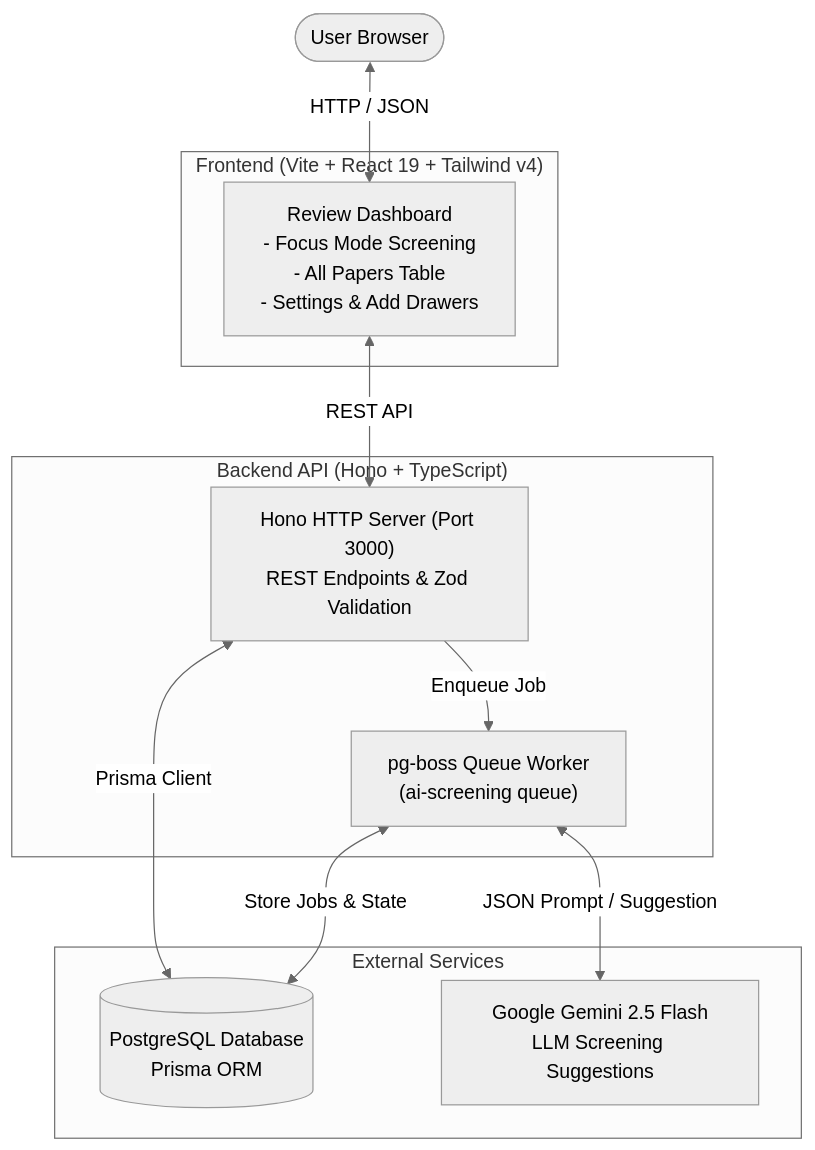
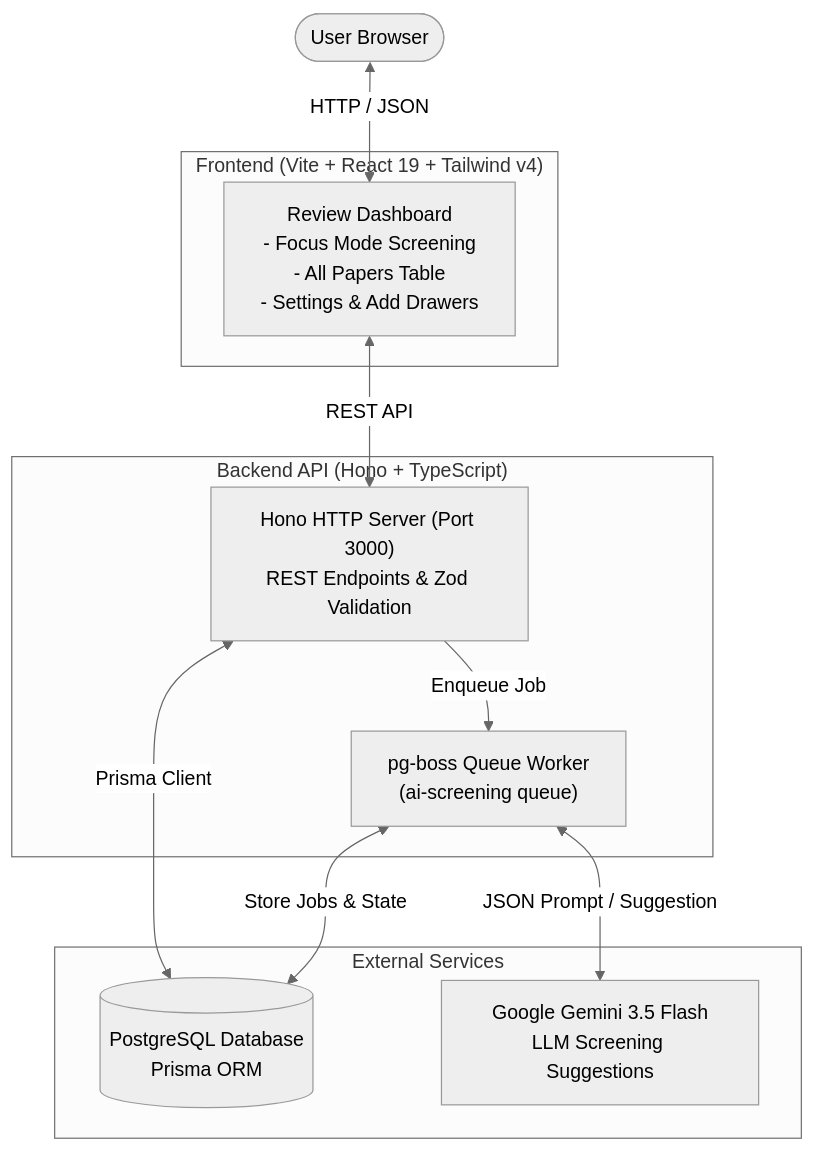
The diagram in README.md (Harshith404/mini-relis), drawn with Mermaid (neutral theme) before and after one commit. The commit also changed other lines of this file and 1 other file, not shown here.

````diff
--- a/README.md
+++ b/README.md
@@ -11,25 +11,25 @@
 ```mermaid
 flowchart TD
     User([User Browser])
     
     subgraph Frontend ["Frontend (Vite + React 19 + Tailwind v4)"]
         UI["Review Dashboard\n- Focus Mode Screening\n- All Papers Table\n- Settings & Add Drawers"]
     end
 
     subgraph Backend ["Backend API (Hono + TypeScript)"]
         Hono["Hono HTTP Server (Port 3000)\nREST Endpoints & Zod Validation"]
         Queue["pg-boss Queue Worker\n(ai-screening queue)"]
     end
 
     subgraph External ["External Services"]
         Postgres[(PostgreSQL Database\nPrisma ORM)]
-        Gemini[Google Gemini 2.5 Flash\nLLM Screening Suggestions]
+        Gemini[Google Gemini 3.5 Flash\nLLM Screening Suggestions]
     end
 
     User <-->|HTTP / JSON| UI
     UI <-->|REST API| Hono
     Hono <-->|Prisma Client| Postgres
     Hono -->|Enqueue Job| Queue
     Queue <-->|Store Jobs & State| Postgres
     Queue <-->|JSON Prompt / Suggestion| Gemini
 ```
````
